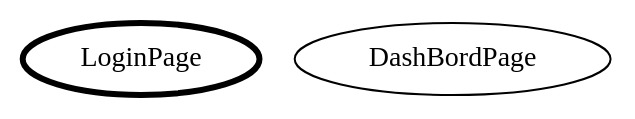
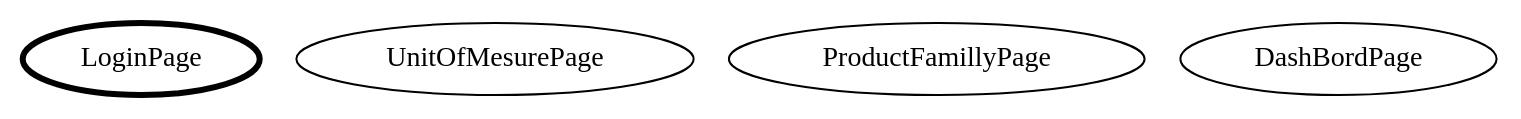
Before and after one commit to francis-pouatcha/tatou: the diagram in adorsys-gpao/.errai/navgraph.gv, drawn with Graphviz. The commit also changed 64 other files, not shown here.

Commit message:
add unit of mesure page

```diff
--- a/adorsys-gpao/.errai/navgraph.gv
+++ b/adorsys-gpao/.errai/navgraph.gv
@@ -1,4 +1,6 @@
 digraph Navigation {
 "LoginPage" [penwidth=3]
+"UnitOfMesurePage"
+"ProductFamillyPage"
 "DashBordPage"
 }
```
